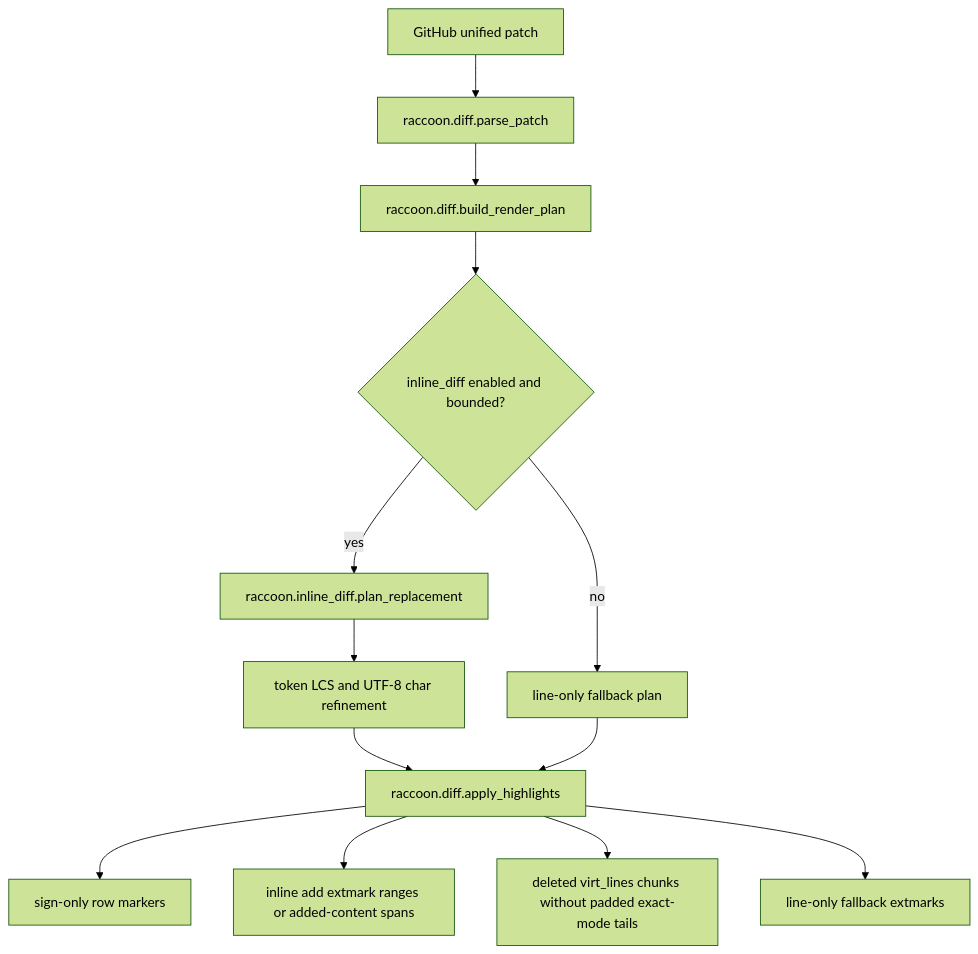
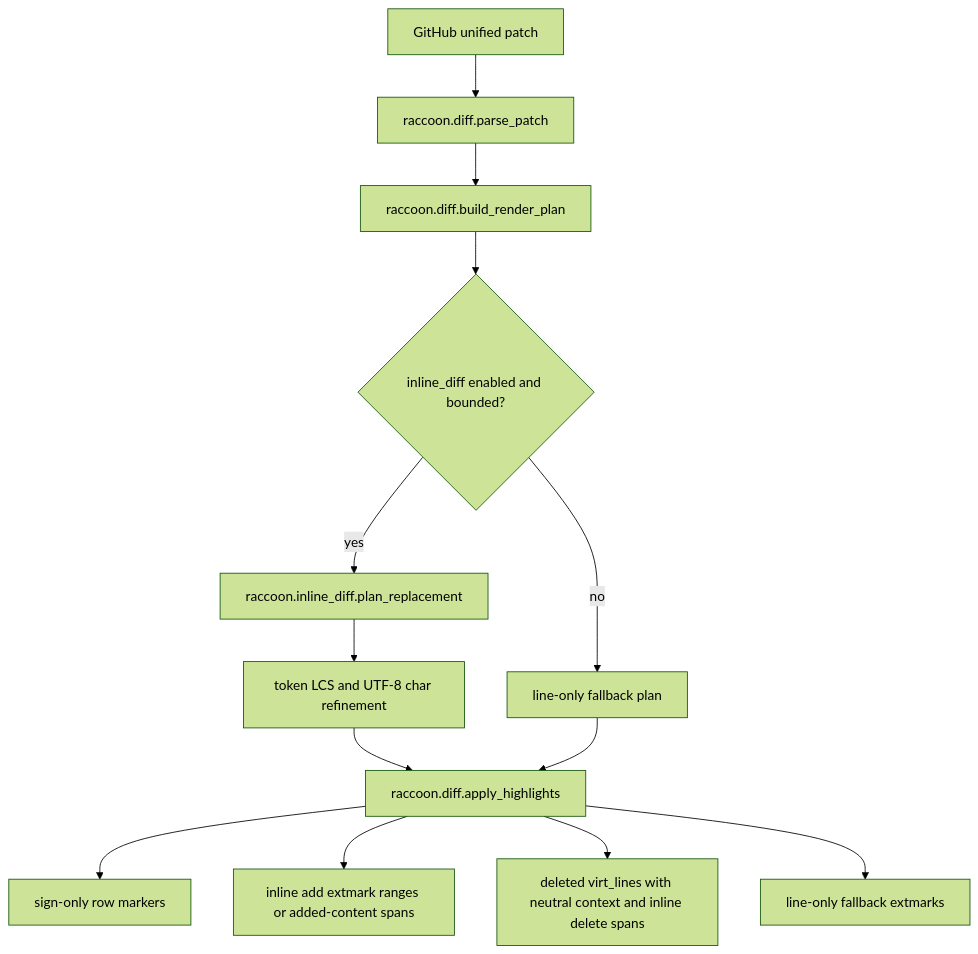
One commit to bajor/nvim-raccoon changed the diagram in ARCHITECTURE_DIFF.md. Above: the diagram before and after it, drawn with Mermaid (forest theme). The commit also changed other lines of this file and 3 other files, not shown here.

First line of the commit message:
fix: keep inline diff delete context neutral

````diff
--- a/ARCHITECTURE_DIFF.md
+++ b/ARCHITECTURE_DIFF.md
@@ -9,15 +9,15 @@
 ```mermaid
 flowchart TD
     A[GitHub unified patch] --> B[raccoon.diff.parse_patch]
     B --> C[raccoon.diff.build_render_plan]
     C --> D{inline_diff enabled and bounded?}
     D -->|yes| E[raccoon.inline_diff.plan_replacement]
     E --> F[token LCS and UTF-8 char refinement]
     D -->|no| G[line-only fallback plan]
     F --> H[raccoon.diff.apply_highlights]
     G --> H
     H --> I[sign-only row markers]
     H --> J[inline add extmark ranges or added-content spans]
-    H --> K[deleted virt_lines chunks without padded exact-mode tails]
+    H --> K[deleted virt_lines with neutral context and inline delete spans]
     H --> L[line-only fallback extmarks]
 ```
````
